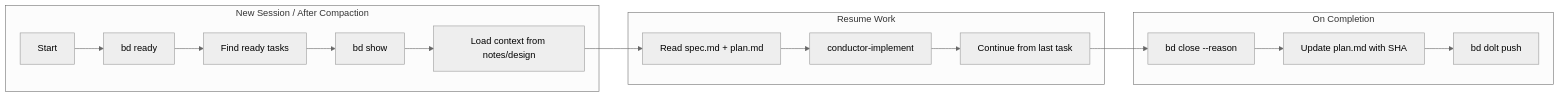
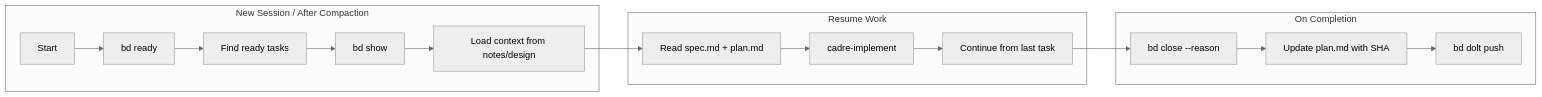
Before and after one commit to vishal-kr-barnwal/cadre: the second of 3 diagrams in README.md, drawn with Mermaid (neutral theme). The commit also changed other lines of this file and 315 other files, not shown here.

First line of the commit message:
refactor!: rename project Conductor-Beads -> Cadre

````diff
--- a/README.md
+++ b/README.md
@@ -541,21 +541,21 @@
 ```mermaid
 flowchart LR
     subgraph NEW_SESSION[New Session / After Compaction]
         A[Start] --> B["bd ready"]
         B --> C[Find ready tasks]
         C --> D["bd show <id>"]
         D --> E[Load context from notes/design]
     end
 
     subgraph RESUME[Resume Work]
         E --> F[Read spec.md + plan.md]
-        F --> G["conductor-implement"]
+        F --> G["cadre-implement"]
         G --> H[Continue from last task]
     end
 
     subgraph COMPLETE[On Completion]
         H --> I["bd close <id> --reason"]
         I --> J[Update plan.md with SHA]
         J --> K["bd dolt push"]
     end
 ```
````
